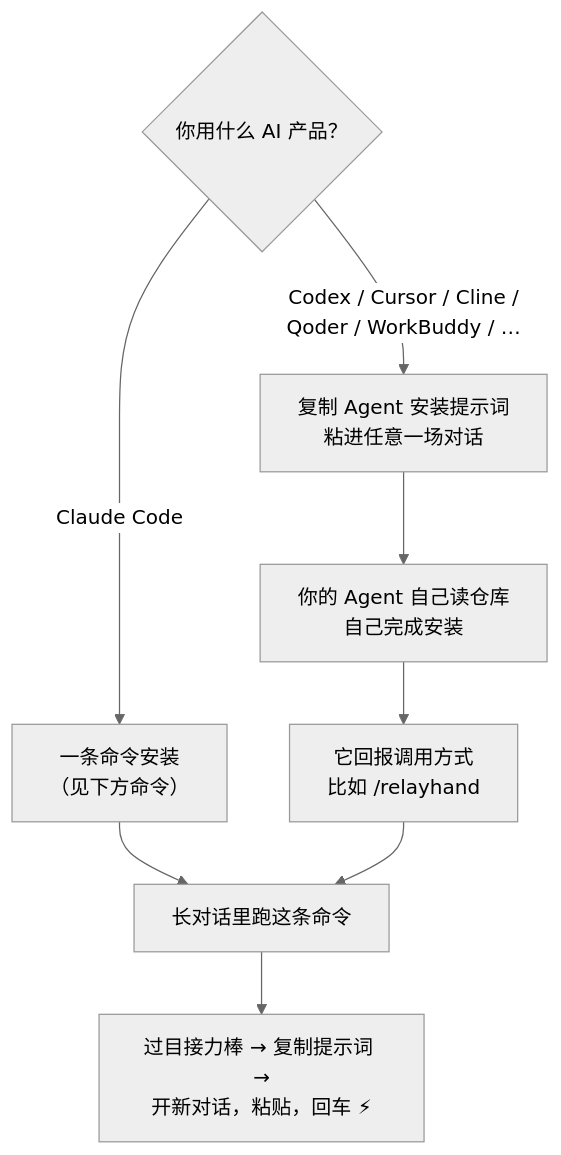
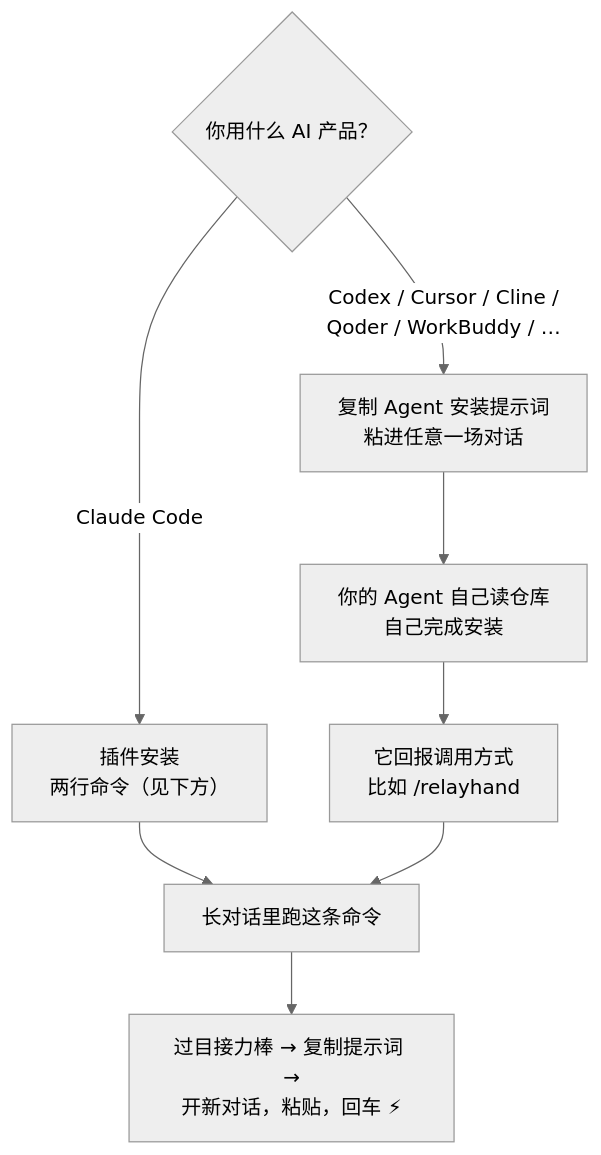
Before and after one commit to yanlin-cheng/relayhand: the second of 3 diagrams in README-ZH.md, drawn with Mermaid (neutral theme). The commit also changed other lines of this file and 6 other files, not shown here.

````diff
--- a/README-ZH.md
+++ b/README-ZH.md
@@ -47,10 +49,10 @@
 ```mermaid
 flowchart TD
-    Start{"你用什么 AI 产品？"} -->|"Claude Code"| A["一条命令安装<br>（见下方命令）"]
+    Start{"你用什么 AI 产品？"} -->|"Claude Code"| A["插件安装<br>两行命令（见下方）"]
     Start -->|"Codex / Cursor / Cline /<br>Qoder / WorkBuddy / …"| B["复制 Agent 安装提示词<br>粘进任意一场对话"]
     A --> E
     B --> C["你的 Agent 自己读仓库<br>自己完成安装"]
     C --> D["它回报调用方式<br>比如 /relayhand"]
     D --> E["长对话里跑这条命令"]
     E --> F["过目接力棒 → 复制提示词 →<br>开新对话，粘贴，回车 ⚡"]
 ```
````
